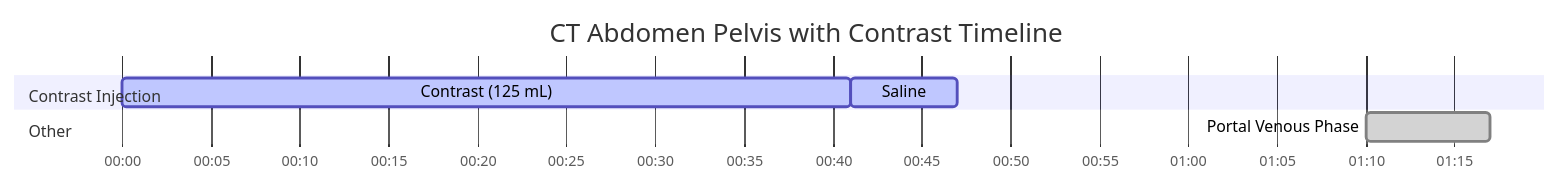
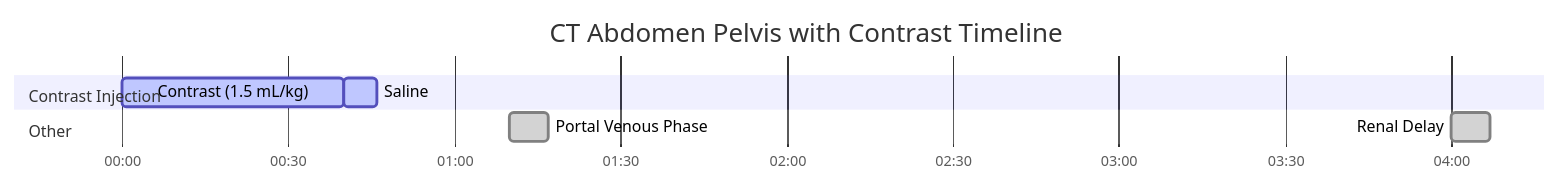
One commit to dfergs93/radiology-protocols changed the diagram in docs/ct/abdomen/ct-abdomen-pelvis-with-contrast.md. Above: the diagram before and after it, drawn with Mermaid. The commit also changed other lines of this file and 13 other files, not shown here.

````diff
--- a/docs/ct/abdomen/ct-abdomen-pelvis-with-contrast.md
+++ b/docs/ct/abdomen/ct-abdomen-pelvis-with-contrast.md
@@ -83,18 +86,19 @@
   ```mermaid
   ---
   displayMode: compact
   config:
     theme: default
     themeCSS: " #Saline{ fill: #4ed5ff; stroke: #2094f3; } "
   ---
     gantt
       title CT Abdomen Pelvis with Contrast Timeline
       dateFormat mm:ss
       axisFormat %M:%S 
       
       section Contrast Injection
-      Contrast (125 mL)    :active, contrast, 00:00, 41s
+      Contrast (1.5 mL/kg)    :active, contrast, 00:00, 40s
       Saline          :active, saline, after contrast, 6s
       section Other
       Portal Venous Phase    :done, scan1, 01:10, 7s
+      Renal Delay    :done, scan2, 04:00, 7s
   ```
````
